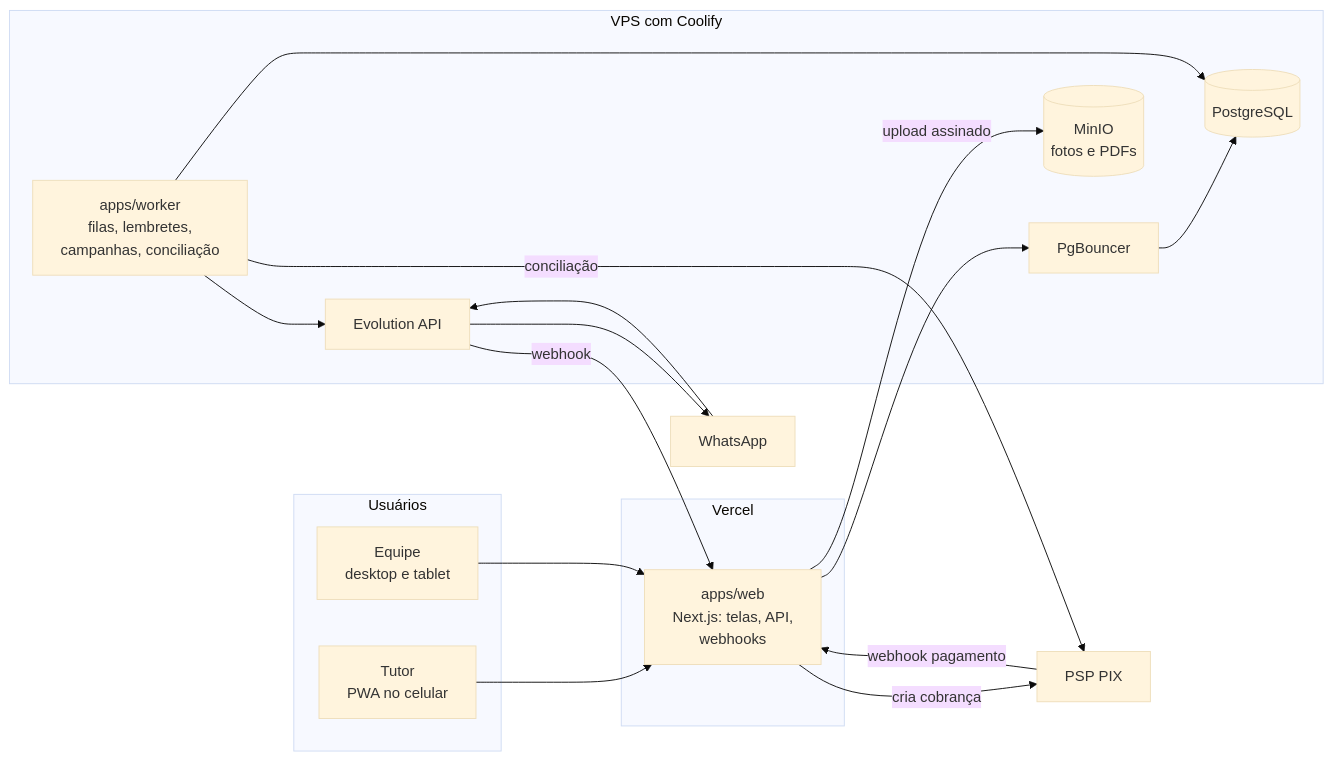
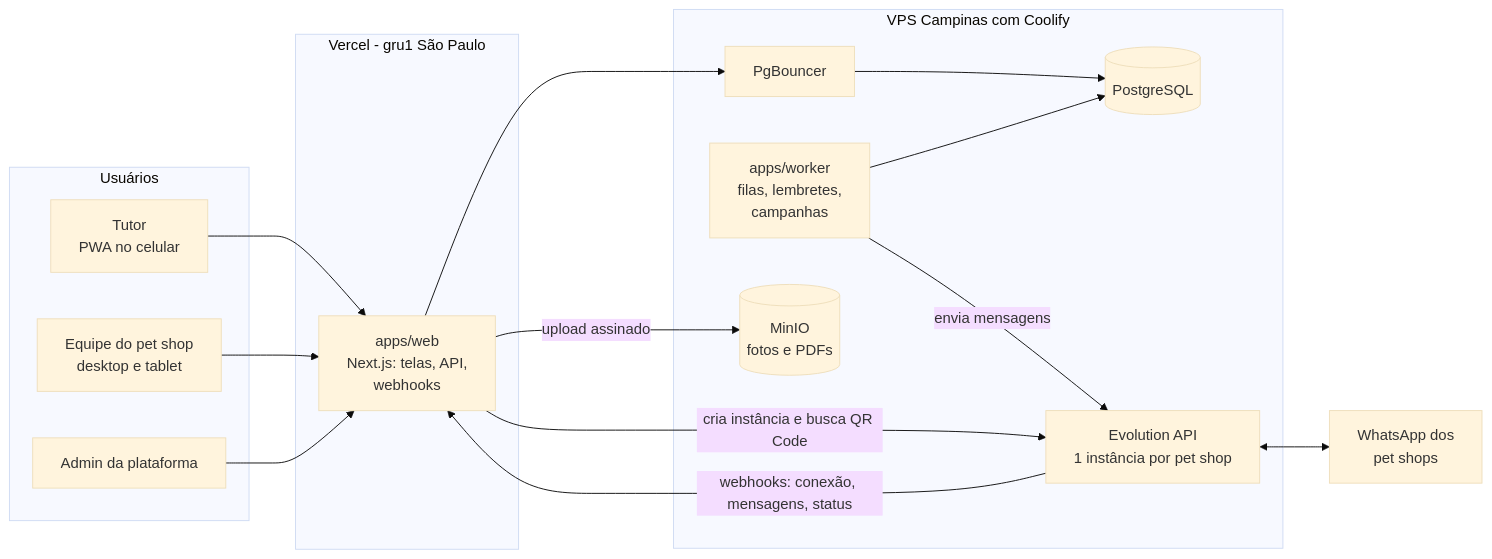
One commit to guilhermerevest-art/petshop changed the second of 3 diagrams in docs/PRD.md. Above: the diagram before and after it, drawn with Mermaid (base theme). The commit also changed other lines of this file and 1 other file, not shown here.

First line of the commit message:
docs: PRD v0.2 com multi-tenancy, PIX estático e conexão do WhatsApp

````diff
--- a/docs/PRD.md
+++ b/docs/PRD.md
@@ -368,33 +465,33 @@
 ```mermaid
 flowchart LR
     subgraph Usuarios[Usuários]
         T[Tutor<br/>PWA no celular]
-        E[Equipe<br/>desktop e tablet]
+        E[Equipe do pet shop<br/>desktop e tablet]
+        P[Admin da plataforma]
     end
 
-    subgraph Vercel
+    subgraph Vercel[Vercel - gru1 São Paulo]
         W[apps/web<br/>Next.js: telas, API,<br/>webhooks]
     end
 
-    subgraph VPS[VPS com Coolify]
+    subgraph VPS[VPS Campinas com Coolify]
         PGB[PgBouncer]
         PG[(PostgreSQL)]
-        WK[apps/worker<br/>filas, lembretes,<br/>campanhas, conciliação]
-        EVO[Evolution API]
+        WK[apps/worker<br/>filas, lembretes,<br/>campanhas]
+        EVO[Evolution API<br/>1 instância por pet shop]
         S3[(MinIO<br/>fotos e PDFs)]
     end
 
-    PSP[PSP PIX]
-    WA[WhatsApp]
+    WA[WhatsApp dos<br/>pet shops]
 
     T --> W
     E --> W
+    P --> W
     W --> PGB --> PG
     WK --> PG
     W -->|upload assinado| S3
-    WK --> EVO --> WA
-    WA --> EVO -->|webhook| W
-    W -->|cria cobrança| PSP
-    PSP -->|webhook pagamento| W
-    WK -->|conciliação| PSP
+    W -->|cria instância e busca QR Code| EVO
+    WK -->|envia mensagens| EVO
+    EVO <--> WA
+    EVO -->|webhooks: conexão, mensagens, status| W
 ```
````
